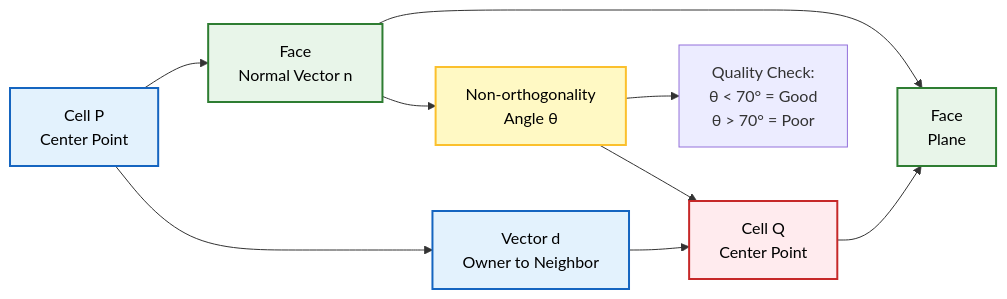
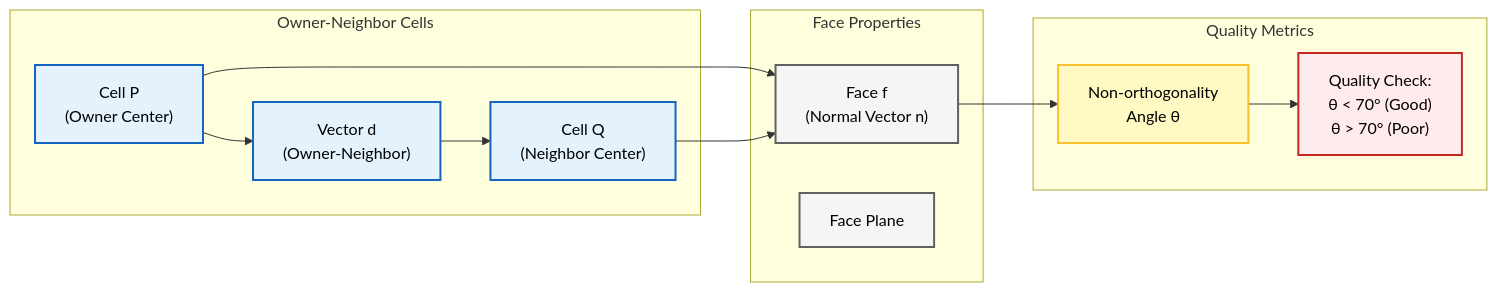
Before and after one commit to wramet/build-my-cfd: the fifth of 6 diagrams in MODULE_01_CFD_FUNDAMENTALS/CONTENT/04_FIRST_SIMULATION/00_Overview.md, drawn with Mermaid. The commit also changed other lines of this file and 313 other files, not shown here.

Commit message:
Revise all diagram

````diff
--- a/MODULE_01_CFD_FUNDAMENTALS/CONTENT/04_FIRST_SIMULATION/00_Overview.md
+++ b/MODULE_01_CFD_FUNDAMENTALS/CONTENT/04_FIRST_SIMULATION/00_Overview.md
@@ -575,21 +560,27 @@
 ```mermaid
-graph LR
-    A["Cell P<br/>Center Point"] --> B["Face<br/>Normal Vector n"]
-    B --> C["Non-orthogonality<br/>Angle θ"]
-    C --> D["Cell Q<br/>Center Point"]
-    A --> E["Vector d<br/>Owner to Neighbor"]
-    E --> D
-    B --> F["Face<br/>Plane"]
-    D --> F
-    C --> G["Quality Check:<br/>θ < 70° = Good<br/>θ > 70° = Poor"]
+flowchart LR
+    subgraph Cells["Owner-Neighbor Cells"]
+        A["Cell P<br/>(Owner Center)"]:::implicit --> E["Vector d<br/>(Owner-Neighbor)"]:::implicit
+        E --> D["Cell Q<br/>(Neighbor Center)"]:::implicit
+    end
+    
+    subgraph Face["Face Properties"]
+        B["Face f<br/>(Normal Vector n)"]:::context
+        F["Face Plane"]:::context
+    end
+    
+    subgraph Quality["Quality Metrics"]
+        C["Non-orthogonality<br/>Angle θ"]:::explicit
+        G["Quality Check:<br/>θ < 70° (Good)<br/>θ > 70° (Poor)"]:::volatile
+    end
+    
+    A --> B
+    D --> B
+    B --> C
+    C --> G
 
-    %% Styling Definitions
-    classDef process fill:#e3f2fd,stroke:#1565c0,stroke-width:2px,color:#000;
-    classDef decision fill:#fff9c4,stroke:#fbc02d,stroke-width:2px,color:#000;
-    classDef terminator fill:#ffebee,stroke:#c62828,stroke-width:2px,color:#000;
-    classDef storage fill:#e8f5e9,stroke:#2e7d32,stroke-width:2px,color:#000;
-    class A,E process;
-    class B,F storage;
-    class C decision;
-    class D terminator;
+classDef context fill:#f5f5f5,stroke:#616161,stroke-width:2px,color:#000;
+classDef implicit fill:#e3f2fd,stroke:#1565c0,stroke-width:2px,color:#000;
+classDef explicit fill:#fff9c4,stroke:#fbc02d,stroke-width:2px,color:#000;
+classDef volatile fill:#ffebee,stroke:#c62828,stroke-width:2px,color:#000;
 ```
````
